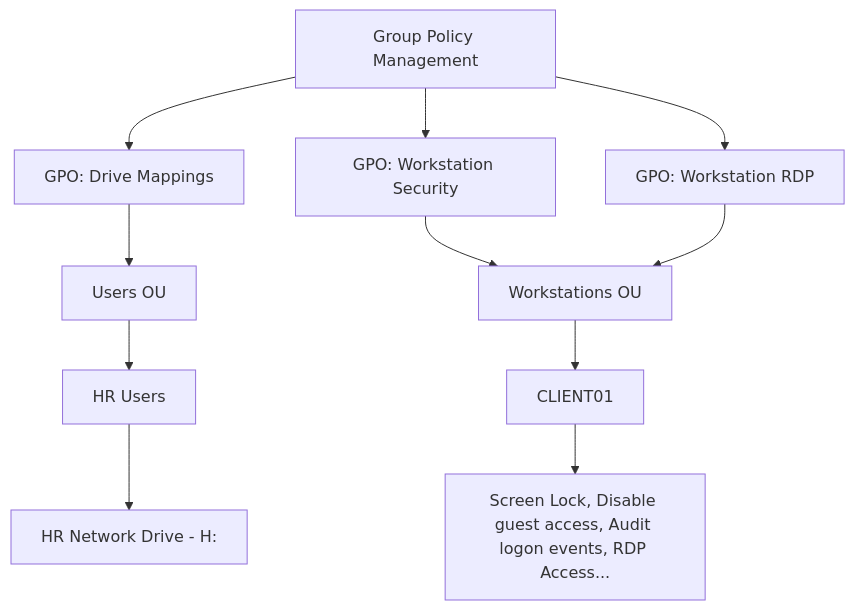
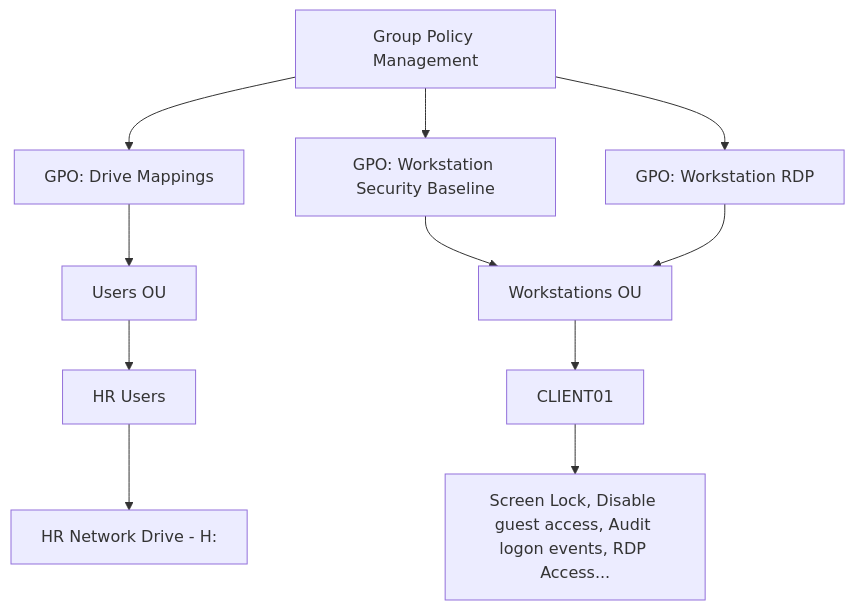
One commit to seyisalami/active-directory-enterprise-lab changed the diagram in docs/group-policy.md. Above: the diagram before and after it, drawn with Mermaid.

Commit message:
Clarified GPO description in group policy diagram to specify "Workstation Security Baseline"

````diff
--- a/docs/group-policy.md
+++ b/docs/group-policy.md
@@ -5,18 +5,18 @@
 ```mermaid
 flowchart TD
     GPMC["Group Policy Management"]
 
     GPMC --> Drives["GPO: Drive Mappings"]
-    GPMC --> Security["GPO: Workstation Security"]
+    GPMC --> Security["GPO: Workstation Security Baseline"]
     GPMC --> RDP["GPO: Workstation RDP"]
 
     Drives --> Users["Users OU"]
     Security --> Computers["Workstations OU"]
     RDP --> Computers
 
     Users --> HR["HR Users"]
     Computers --> Client["CLIENT01"]
 
     HR --> Share["HR Network Drive - H:"]
     Client --> Settings["Screen Lock, Disable guest access, Audit logon events, RDP Access..."]
 ```
````
